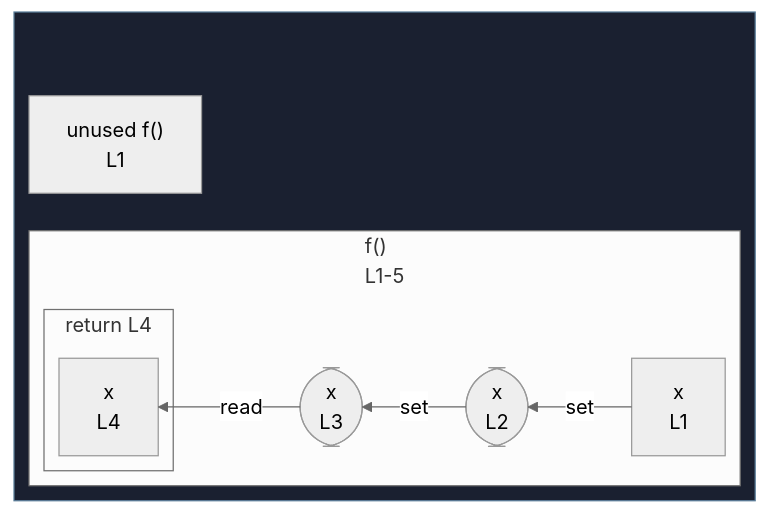
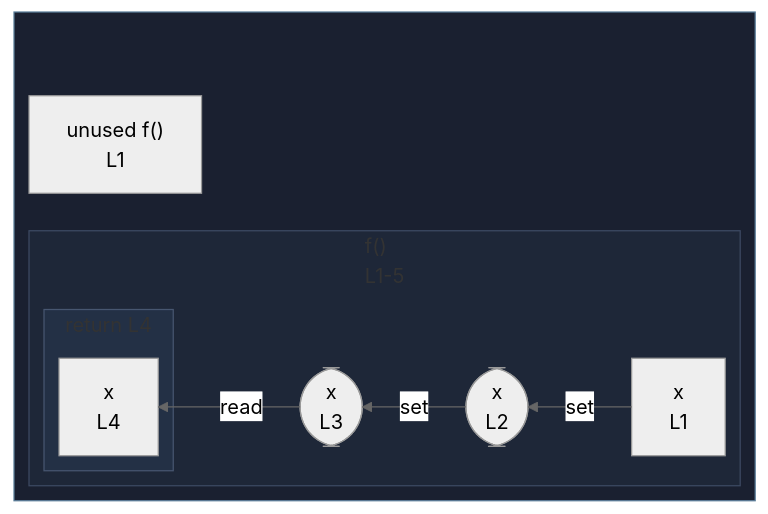
One commit to crescware/unsnarl changed the diagram in integration/fixtures/function/expression/parameter-reassignment/preview.md. Above: the diagram before and after it, drawn with Mermaid (neutral theme). The commit also changed 249 other files, not shown here.

First line of the commit message:
Color Mermaid subgraphs by nesting depth via theme palette

````diff
--- a/integration/fixtures/function/expression/parameter-reassignment/preview.md
+++ b/integration/fixtures/function/expression/parameter-reassignment/preview.md
@@ -15,23 +15,27 @@
 ```mermaid
 %%{init: {"flowchart": {"defaultRenderer": "elk"}}}%%
 flowchart RL
   subgraph wrap_s_scope_1[" "]
     direction TB
     n_scope_0_f_6["unused f()<br/>L1"]
     subgraph s_scope_1["f()<br/>L1-5"]
       direction RL
       n_scope_1_x_20["x<br/>L1"]
       wr_ref_1(["x<br/>L2"])
       wr_ref_3(["x<br/>L3"])
       subgraph s_return_scope_0_f_6_61_70["return L4"]
         direction RL
         ret_use_ref_5["x<br/>L4"]
       end
     end
   end
   n_scope_1_x_20 -->|set| wr_ref_1
   wr_ref_1 -->|set| wr_ref_3
   wr_ref_3 -->|read| ret_use_ref_5
   classDef fnWrap fill:#1a2030,stroke:#5a7d99;
   class wrap_s_scope_1 fnWrap;
+  classDef nestL1 fill:#1e2738,stroke:#3d4a63;
+  class s_scope_1 nestL1;
+  classDef nestL2 fill:#233045,stroke:#475670;
+  class s_return_scope_0_f_6_61_70 nestL2;
 ```
````
